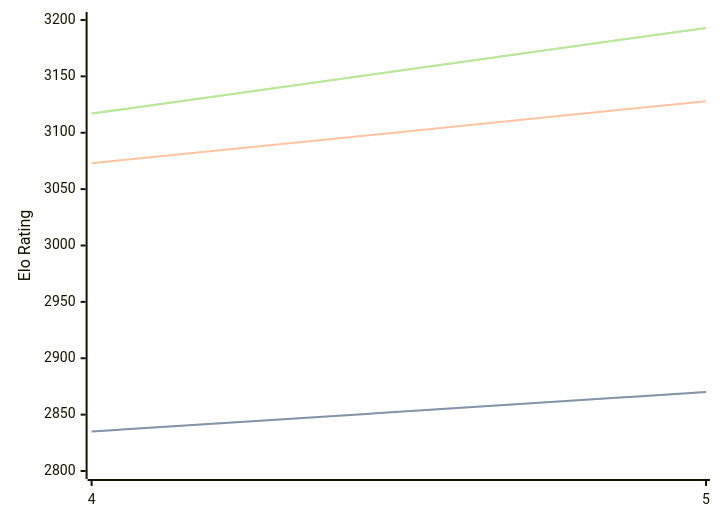
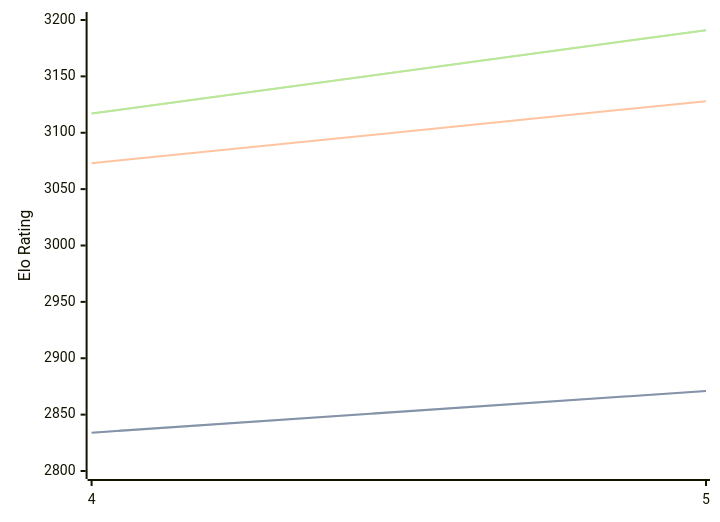
The first of 3 diagrams in engines/Cwtch.md (computer-chess-index/cci), drawn with Mermaid before and after one commit. The commit also changed other lines of this file, not shown here.

Commit message:
Update CCI Ratings (ELO VLTC) - 2026-06-17

````diff
--- a/engines/Cwtch.md
+++ b/engines/Cwtch.md
@@ -34,11 +34,11 @@
 ```mermaid
 %%{init: {"theme":"base","themeVariables":{"seriesColors:['#a3a3a3','#222221','#faa371']}}}%%
 xychart-beta
   x-axis ["4", "5"]
   y-axis "Elo Rating" 2800 --> 3200
-  line "STC (8.0+0.08s)" [2835, 2870]
-  line "STC (8.0+0.08s)" [2835, 2870]
+  line "STC (8.0+0.08s)" [2834, 2871]
+  line "STC (8.0+0.08s)" [2834, 2871]
   line "LTC (60.0+0.60s)" [3073, 3128]
-  line "VLTC (2m24s+1.12s)" [3117, 3193]
-  line "VLTC (2m24s+1.12s)" [3117, 3193]
+  line "VLTC (2m24s+1.12s)" [3117, 3191]
+  line "VLTC (2m24s+1.12s)" [3117, 3191]
 ```
````
